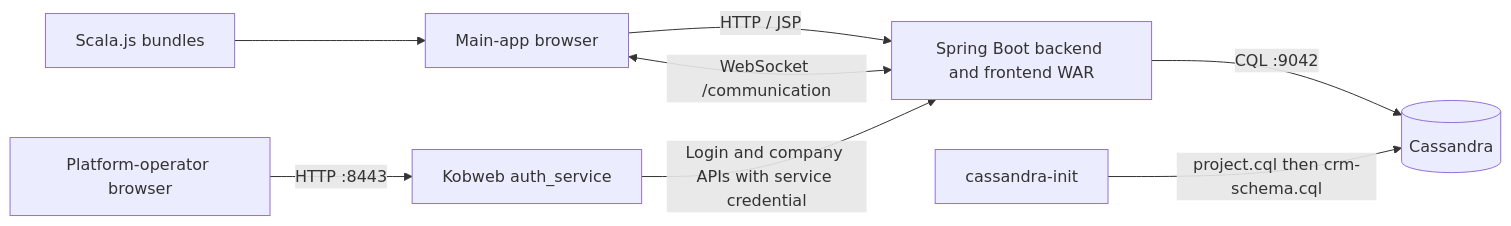
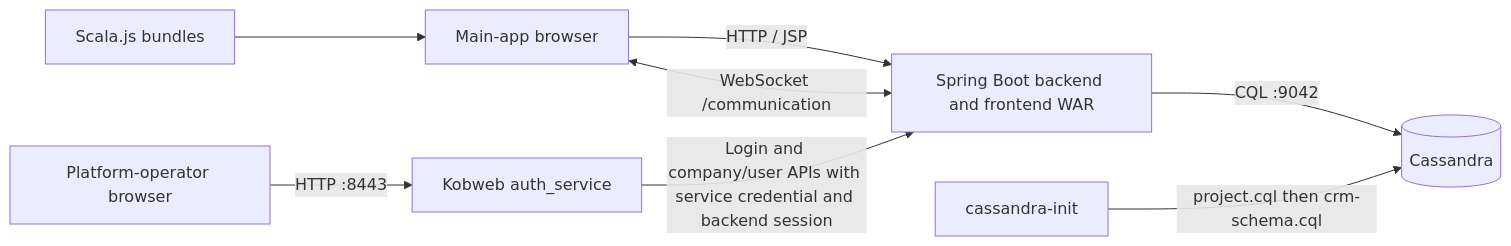
One commit to dawsonjc/djc-crm changed the diagram in README.md. Above: the diagram before and after it, drawn with Mermaid. The commit also changed other lines of this file, not shown here.

````diff
--- a/README.md
+++ b/README.md
@@ -104,10 +110,10 @@
 ```mermaid
 flowchart LR
     Employee[Main-app browser] -->|HTTP / JSP| App[Spring Boot backend and frontend WAR]
     Employee <-->|WebSocket /communication| App
     Scala[Scala.js bundles] --> Employee
     Operator[Platform-operator browser] -->|HTTP :8443| Auth[Kobweb auth_service]
-    Auth -->|Login and company APIs with service credential| App
+    Auth -->|Login and company/user APIs with service credential and backend session| App
     App -->|CQL :9042| DB[(Cassandra)]
     Init[cassandra-init] -->|project.cql then crm-schema.cql| DB
 ```
````
